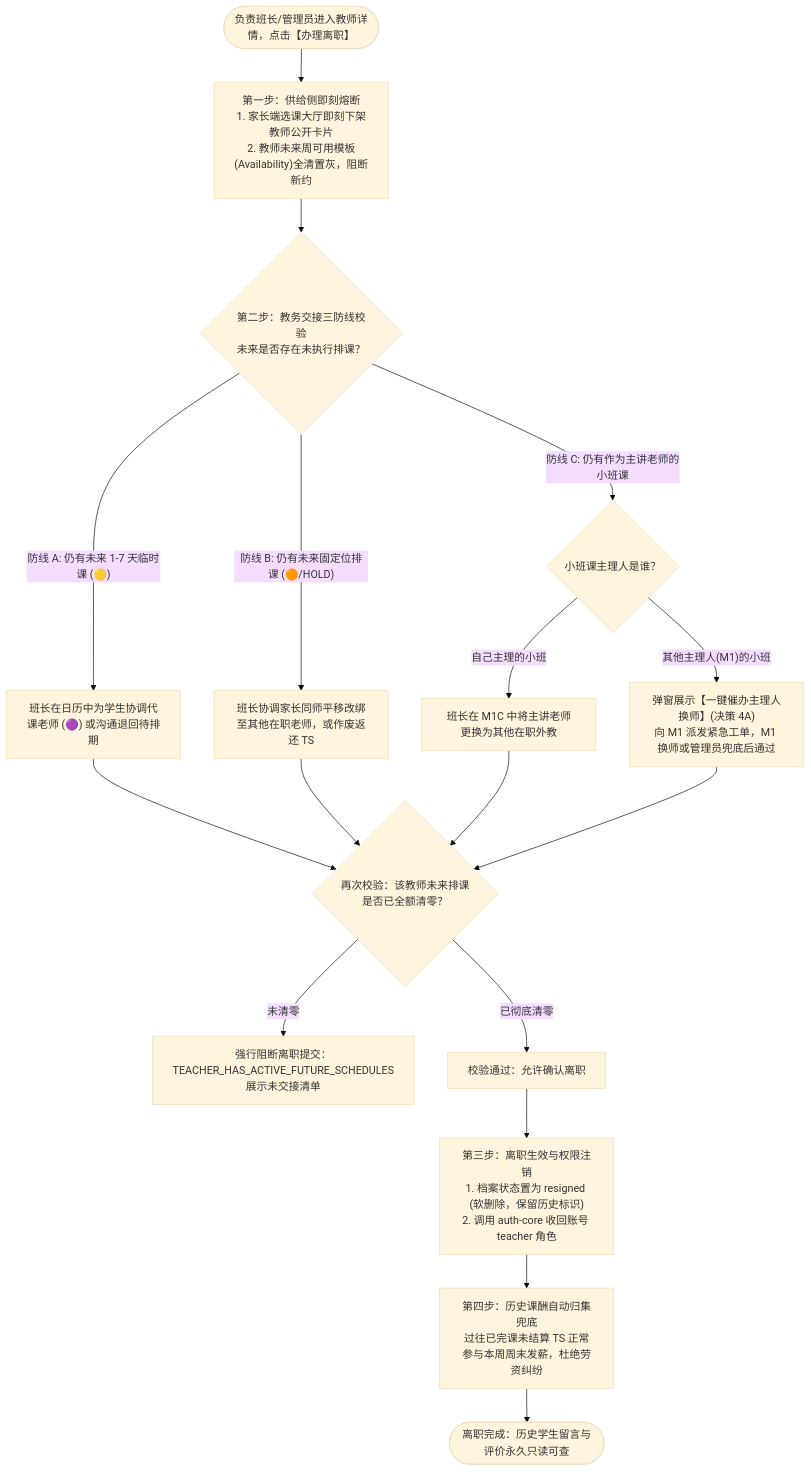
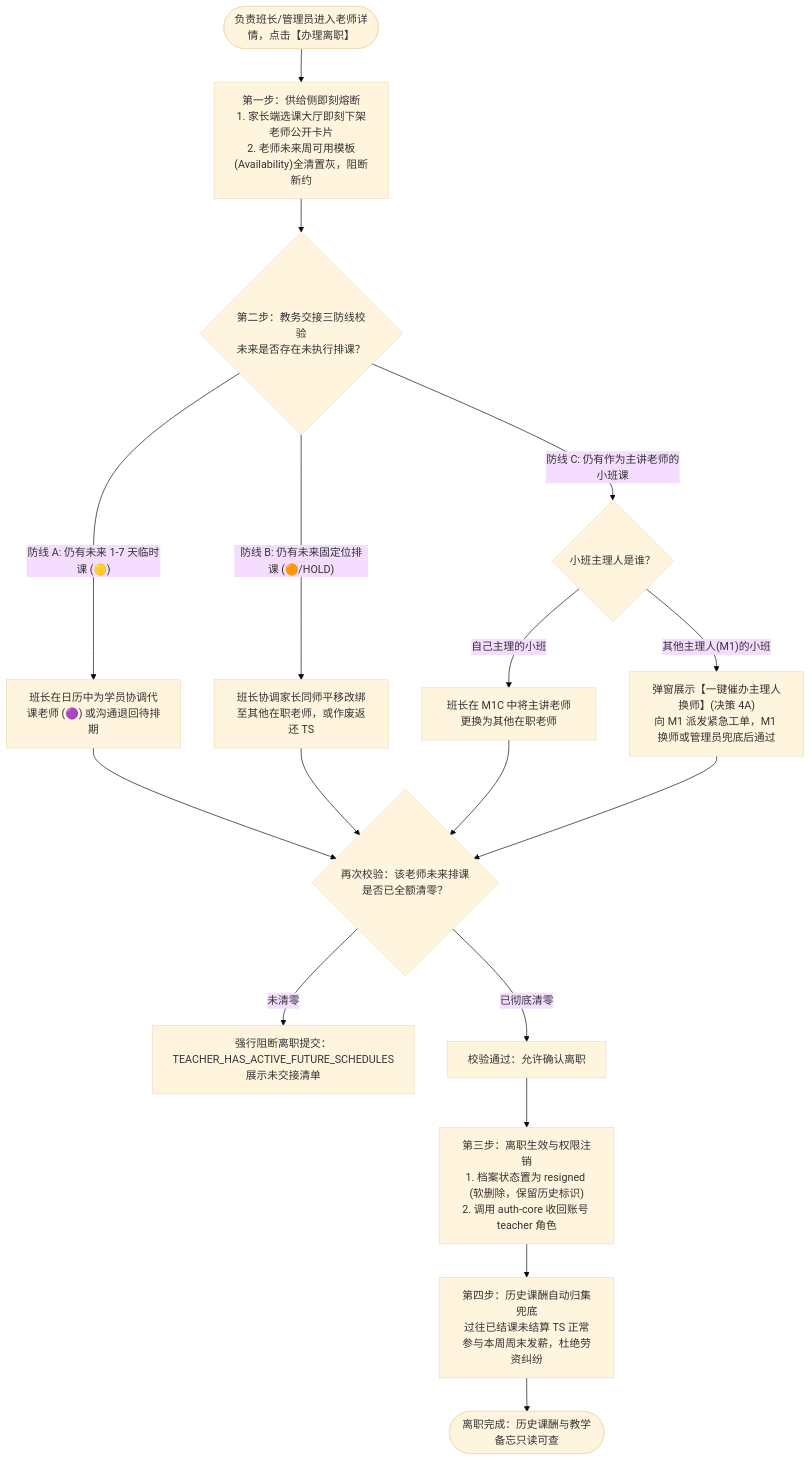
Before and after one commit to Onezao/dream: the fifth of 7 diagrams in docs/prd/m1b_teacher_profile.md, drawn with Mermaid (base theme). The commit also changed other lines of this file and 37 other files, not shown here.

````diff
--- a/docs/prd/m1b_teacher_profile.md
+++ b/docs/prd/m1b_teacher_profile.md
@@ -155,20 +155,20 @@
 ```mermaid
 flowchart TD
-    Start(["负责班长/管理员进入教师详情，点击【办理离职】"]) --> DisallowNew["第一步：供给侧即刻熔断\n1. 家长端选课大厅即刻下架教师公开卡片\n2. 教师未来周可用模板(Availability)全清置灰，阻断新约"]
+    Start(["负责班长/管理员进入老师详情，点击【办理离职】"]) --> DisallowNew["第一步：供给侧即刻熔断\n1. 家长端选课大厅即刻下架老师公开卡片\n2. 老师未来周可用模板(Availability)全清置灰，阻断新约"]
     
     DisallowNew --> CheckSchedules{"第二步：教务交接三防线校验\n未来是否存在未执行排课？"}
     
-    CheckSchedules -->|"防线 A: 仍有未来 1-7 天临时课 (🟡)"| ResolveA["班长在日历中为学生协调代课老师 (🟣) 或沟通退回待排期"]
+    CheckSchedules -->|"防线 A: 仍有未来 1-7 天临时课 (🟡)"| ResolveA["班长在日历中为学员协调代课老师 (🟣) 或沟通退回待排期"]
     CheckSchedules -->|"防线 B: 仍有未来固定位排课 (🟠/HOLD)"| ResolveB["班长协调家长同师平移改绑至其他在职老师，或作废返还 TS"]
-    CheckSchedules -->|"防线 C: 仍有作为主讲老师的小班课"| CheckOwner{"小班课主理人是谁？"}
-    CheckOwner -->|"自己主理的小班"| SelfChange["班长在 M1C 中将主讲老师更换为其他在职外教"]
+    CheckSchedules -->|"防线 C: 仍有作为主讲老师的小班课"| CheckOwner{"小班主理人是谁？"}
+    CheckOwner -->|"自己主理的小班"| SelfChange["班长在 M1C 中将主讲老师更换为其他在职老师"]
     CheckOwner -->|"其他主理人(M1)的小班"| CollabChange["弹窗展示【一键催办主理人换师】(决策 4A)\n向 M1 派发紧急工单，M1 换师或管理员兜底后通过"]
     
-    ResolveA & ResolveB & SelfChange & CollabChange --> Recheck{"再次校验：该教师未来排课是否已全额清零？"}
+    ResolveA & ResolveB & SelfChange & CollabChange --> Recheck{"再次校验：该老师未来排课是否已全额清零？"}
     Recheck -->|"未清零"| BlockSubmit["强行阻断离职提交：TEACHER_HAS_ACTIVE_FUTURE_SCHEDULES\n展示未交接清单"]
     Recheck -->|"已彻底清零"| PassInspection["校验通过：允许确认离职"]
     
     PassInspection --> ExecDismiss["第三步：离职生效与权限注销\n1. 档案状态置为 resigned (软删除，保留历史标识)\n2. 调用 auth-core 收回账号 teacher 角色"]
-    ExecDismiss --> SettlePayroll["第四步：历史课酬自动归集兜底\n过往已完课未结算 TS 正常参与本周周末发薪，杜绝劳资纠纷"]
-    SettlePayroll --> Done(["离职完成：历史学生留言与评价永久只读可查"])
+    ExecDismiss --> SettlePayroll["第四步：历史课酬自动归集兜底\n过往已结课未结算 TS 正常参与本周周末发薪，杜绝劳资纠纷"]
+    SettlePayroll --> Done(["离职完成：历史课酬与教学备忘只读可查"])
 ```
````
